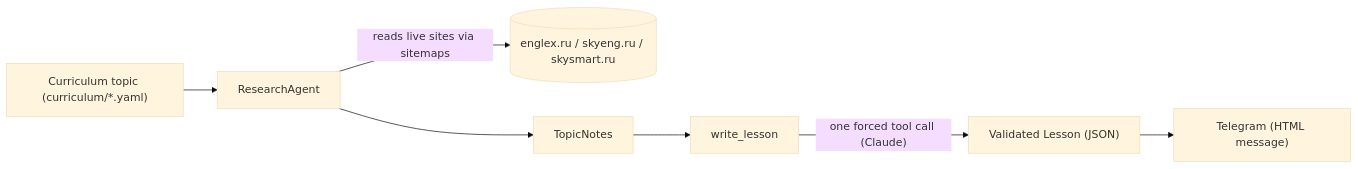
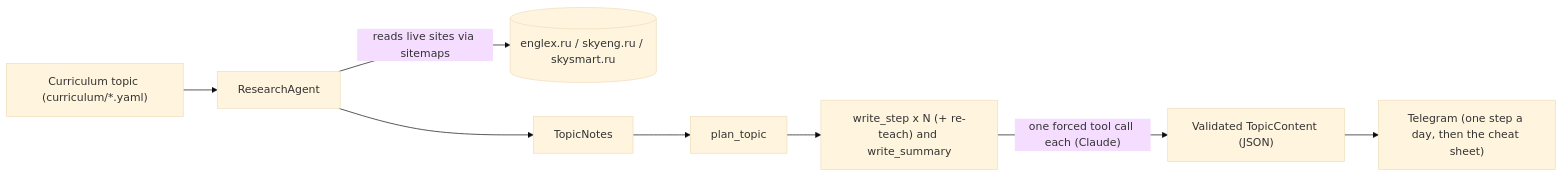
One commit to Alisonka/english_agent changed the first of 2 diagrams in README.md. Above: the diagram before and after it, drawn with Mermaid (base theme). The commit also changed other lines of this file and 10 other files, not shown here.

First line of the commit message:
refactor(pipeline): remove the legacy single-lesson writer

````diff
--- a/README.md
+++ b/README.md
@@ -9,9 +9,10 @@
 ```mermaid
 flowchart LR
     topic["Curriculum topic (curriculum/*.yaml)"] --> research[ResearchAgent]
     research -->|"reads live sites via sitemaps"| sources[("englex.ru / skyeng.ru / skysmart.ru")]
     research --> notes[TopicNotes]
-    notes --> writer[write_lesson]
-    writer -->|"one forced tool call (Claude)"| lesson["Validated Lesson (JSON)"]
-    lesson --> telegram["Telegram (HTML message)"]
+    notes --> plan[plan_topic]
+    plan --> steps["write_step x N (+ re-teach) and write_summary"]
+    steps -->|"one forced tool call each (Claude)"| content["Validated TopicContent (JSON)"]
+    content --> telegram["Telegram (one step a day, then the cheat sheet)"]
 ```
````
